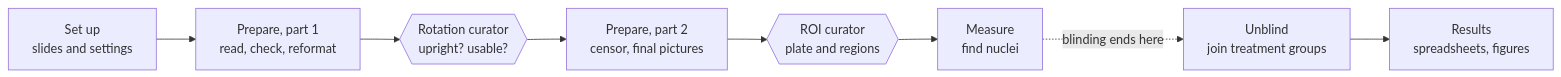
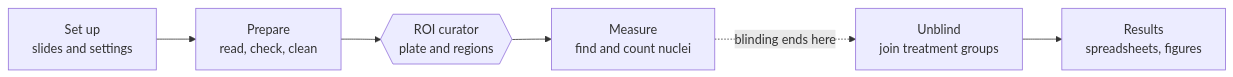
Before and after one commit to mbel-tech/the-great-IHC-leap-forward: the first of 2 diagrams in docs/user-guide.md, drawn with Mermaid. The commit also changed other lines of this file, not shown here.

First line of the commit message:
User guide: describe the redesigned app (one curation stop, Pictures card, Find nuclei, Unblind box, curator layout)

````diff
--- a/docs/user-guide.md
+++ b/docs/user-guide.md
@@ -40,10 +40,8 @@
 ```mermaid
 flowchart LR
-    A[Set up<br/>slides and settings] --> B[Prepare, part 1<br/>read, check, reformat]
-    B --> C{{Rotation curator<br/>upright? usable?}}
-    C --> D[Prepare, part 2<br/>censor, final pictures]
-    D --> E{{ROI curator<br/>plate and regions}}
-    E --> F[Measure<br/>find nuclei]
+    A[Set up<br/>slides and settings] --> B[Prepare<br/>read, check, clean]
+    B --> E{{ROI curator<br/>plate and regions}}
+    E --> F[Measure<br/>find and count nuclei]
     F -. blinding ends here .-> G[Unblind<br/>join treatment groups]
     G --> H[Results<br/>spreadsheets, figures]
 ```
````
